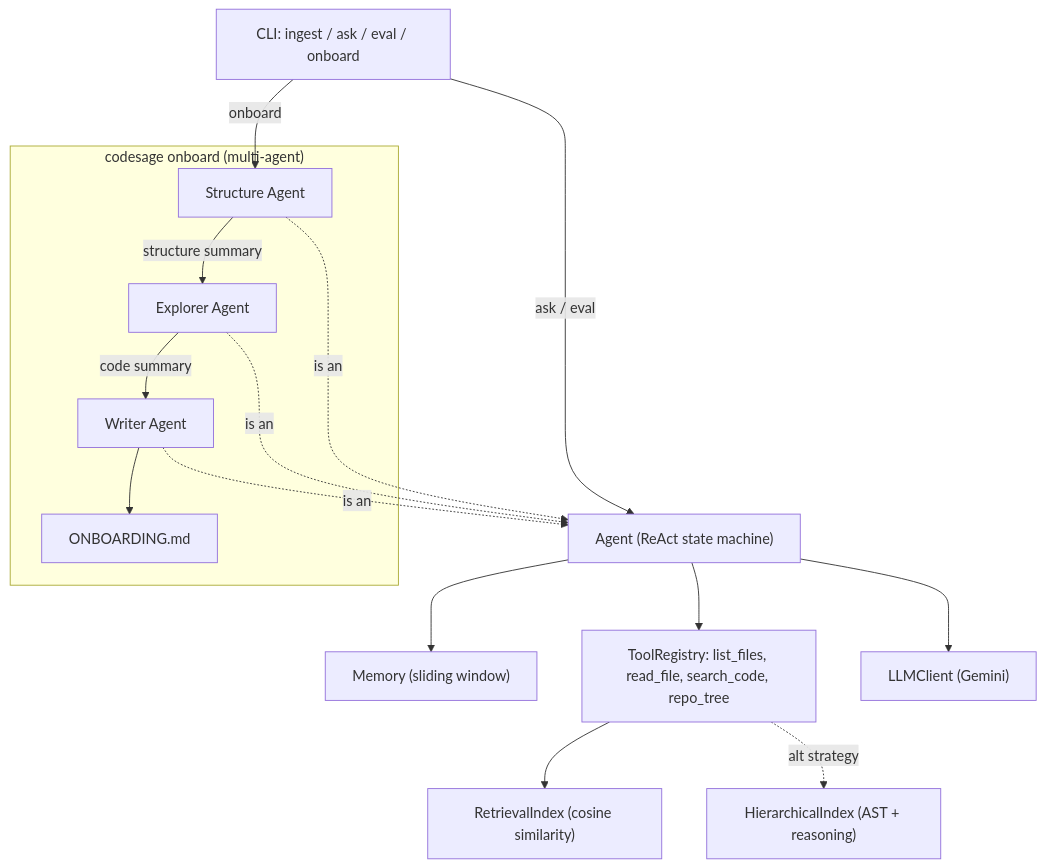
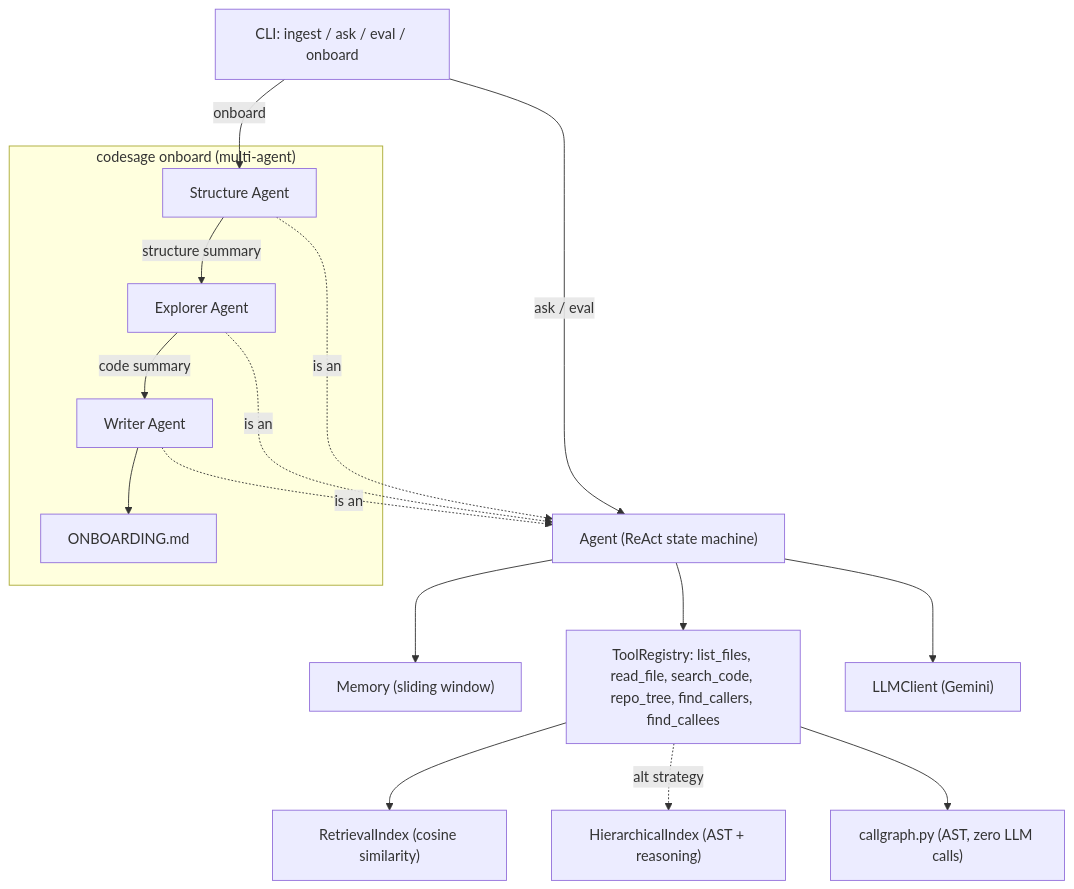
Before and after one commit to AnishSingh15/codesage: the diagram in README.md, drawn with Mermaid. The commit also changed other lines of this file, not shown here.

Commit message:
docs: document call-graph traversal with real verified example

````diff
--- a/README.md
+++ b/README.md
@@ -28,31 +28,33 @@
 ```mermaid
 graph TD
     CLI["CLI: ingest / ask / eval / onboard"]
     Agent["Agent (ReAct state machine)"]
     Memory["Memory (sliding window)"]
-    Tools["ToolRegistry: list_files, read_file, search_code, repo_tree"]
+    Tools["ToolRegistry: list_files, read_file, search_code, repo_tree, find_callers, find_callees"]
     Index["RetrievalIndex (cosine similarity)"]
     Hierarchy["HierarchicalIndex (AST + reasoning)"]
+    CallGraph["callgraph.py (AST, zero LLM calls)"]
     LLM["LLMClient (Gemini)"]
 
     CLI -->|ask / eval| Agent
     Agent --> Memory
     Agent --> Tools
     Agent --> LLM
     Tools --> Index
     Tools -.->|alt strategy| Hierarchy
+    Tools --> CallGraph
 
     subgraph Onboard["codesage onboard (multi-agent)"]
         Structure["Structure Agent"]
         Explorer["Explorer Agent"]
         Writer["Writer Agent"]
         Structure -->|structure summary| Explorer
         Explorer -->|code summary| Writer
         Writer --> Output["ONBOARDING.md"]
     end
 
     CLI -->|onboard| Structure
     Structure -.->|is an| Agent
     Explorer -.->|is an| Agent
     Writer -.->|is an| Agent
 ```
````
